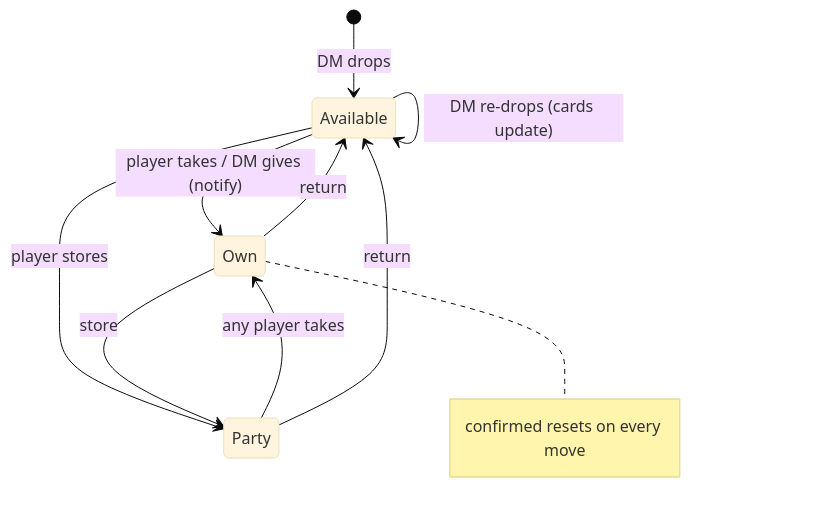
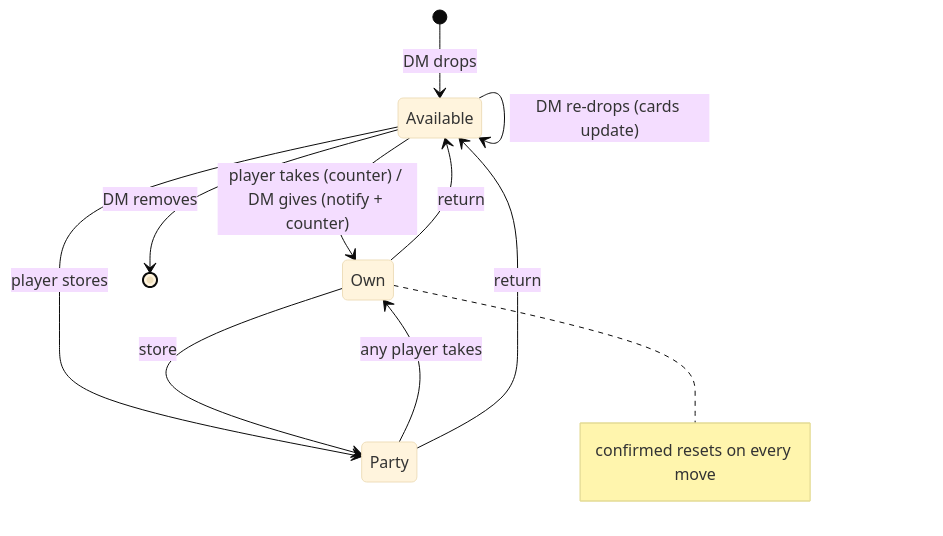
Before and after one commit to AndyProsser/vtt-chat-app: the second of 3 diagrams in ROADMAP.md, drawn with Mermaid (base theme). The commit also changed other lines of this file and 1 other file, not shown here.

Commit message:
docs(roadmap): Stage 10 loot management and chat history, with Andy's loot decisions; build plan for the 0.5.x part

````diff
--- a/ROADMAP.md
+++ b/ROADMAP.md
@@ -472,12 +479,13 @@
 ```mermaid
 stateDiagram-v2
   [*] --> Available: DM drops
-  Available --> Own: player takes / DM gives (notify)
+  Available --> Own: player takes (counter) / DM gives (notify + counter)
+  Available --> [*]: DM removes
   Available --> Party: player stores
   Party --> Own: any player takes
   Own --> Party: store
   Own --> Available: return
   Party --> Available: return
   Available --> Available: DM re-drops (cards update)
   note right of Own: confirmed resets on every move
 ```
````
